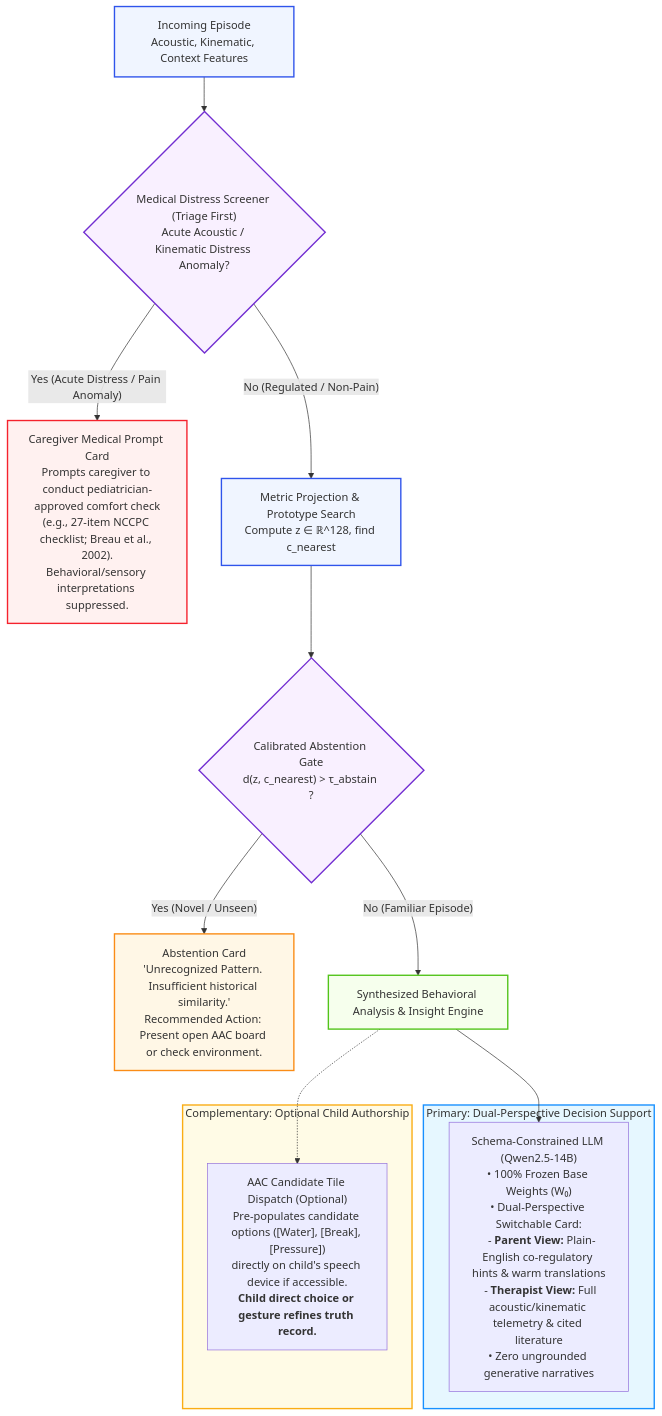
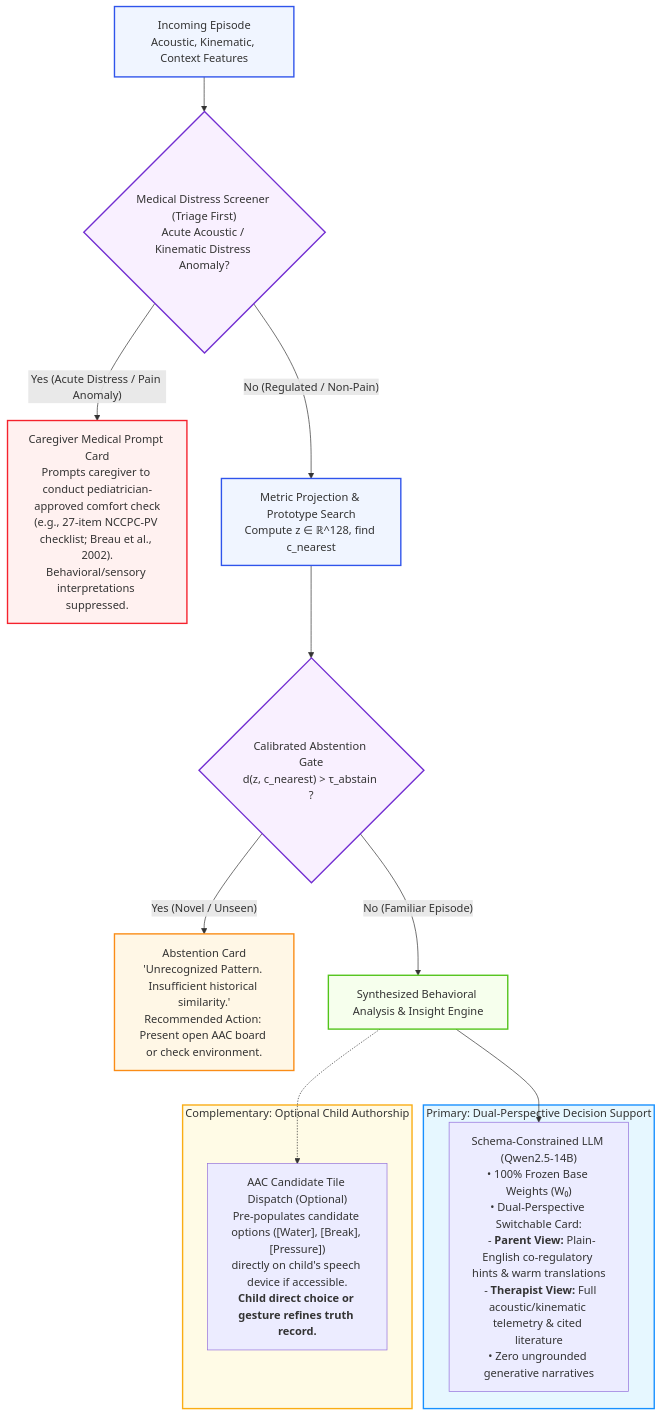
The sixth of 8 diagrams in DESIGN.md (olostan/project_n), drawn with Mermaid before and after one commit. The commit also changed other lines of this file and 9 other files, not shown here.

````diff
--- a/DESIGN.md
+++ b/DESIGN.md
@@ -200,35 +200,35 @@
 ```mermaid
 graph TD
     Query["Incoming Episode<br/>Acoustic, Kinematic, Context Features"] --> Gate1{"Medical Distress Screener (Triage First)<br/>Acute Acoustic / Kinematic Distress Anomaly?"}
 
-    Gate1 -- "Yes (Acute Distress / Pain Anomaly)" --> MedicalCard["Caregiver Medical Prompt Card<br/>Prompts caregiver to conduct pediatrician-approved comfort check<br/>(e.g., 27-item NCCPC checklist; Breau et al., 2002).<br/>Behavioral/sensory interpretations suppressed."]
+    Gate1 -- "Yes (Acute Distress / Pain Anomaly)" --> MedicalCard["Caregiver Medical Prompt Card<br/>Prompts caregiver to conduct pediatrician-approved comfort check<br/>(e.g., 27-item NCCPC-PV checklist; Breau et al., 2002).<br/>Behavioral/sensory interpretations suppressed."]
 
     Gate1 -- "No (Regulated / Non-Pain)" --> Embed["Metric Projection & Prototype Search<br/>Compute z ∈ ℝ^128, find c_nearest"]
 
     Embed --> Gate2{"Calibrated Abstention Gate<br/>d(z, c_nearest) > τ_abstain ?"}
 
     Gate2 -- "Yes (Novel / Unseen)" --> AbstainCard["Abstention Card<br/>'Unrecognized Pattern. Insufficient historical similarity.'<br/>Recommended Action: Present open AAC board or check environment."]
 
     Gate2 -- "No (Familiar Episode)" --> InsightSynthesis["Synthesized Behavioral Analysis & Insight Engine"]
 
     subgraph CaregiverPathway ["Primary: Dual-Perspective Decision Support"]
         LLM["Schema-Constrained LLM (Qwen2.5-14B)<br/>• 100% Frozen Base Weights (W₀)<br/>• Dual-Perspective Switchable Card:<br/>  - <b>Parent View:</b> Plain-English co-regulatory hints & warm translations<br/>  - <b>Therapist View:</b> Full acoustic/kinematic telemetry & cited literature<br/>• Zero ungrounded generative narratives"]
     end
 
     subgraph AACPathway ["Complementary: Optional Child Authorship"]
         AAC["AAC Candidate Tile Dispatch (Optional)<br/>Pre-populates candidate options ([Water], [Break], [Pressure])<br/>directly on child's speech device if accessible.<br/><b>Child direct choice or gesture refines truth record.</b>"]
     end
 
     InsightSynthesis --> LLM
     InsightSynthesis -.-> AAC
 
     style Query fill:#f0f5ff,stroke:#2f54eb,stroke-width:2px
     style Gate1 fill:#f9f0ff,stroke:#722ed1,stroke-width:2px
     style Gate2 fill:#f9f0ff,stroke:#722ed1,stroke-width:2px
     style Embed fill:#f0f5ff,stroke:#2f54eb,stroke-width:2px
     style AbstainCard fill:#fff7e6,stroke:#fa8c16,stroke-width:2px
     style MedicalCard fill:#fff1f0,stroke:#f5222d,stroke-width:2px
     style InsightSynthesis fill:#f6ffed,stroke:#52c41a,stroke-width:2px
     style CaregiverPathway fill:#e6f7ff,stroke:#1890ff,stroke-width:2px
     style AACPathway fill:#fffbe6,stroke:#faad14,stroke-width:2px
 ```
````
